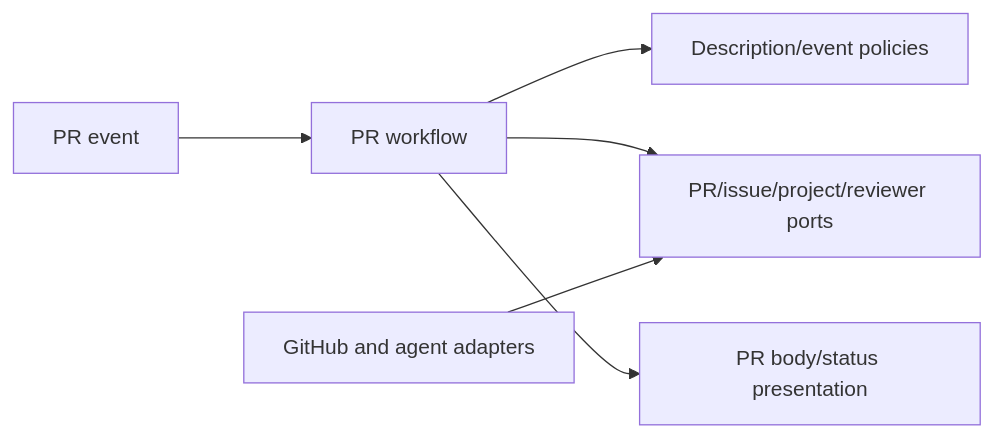
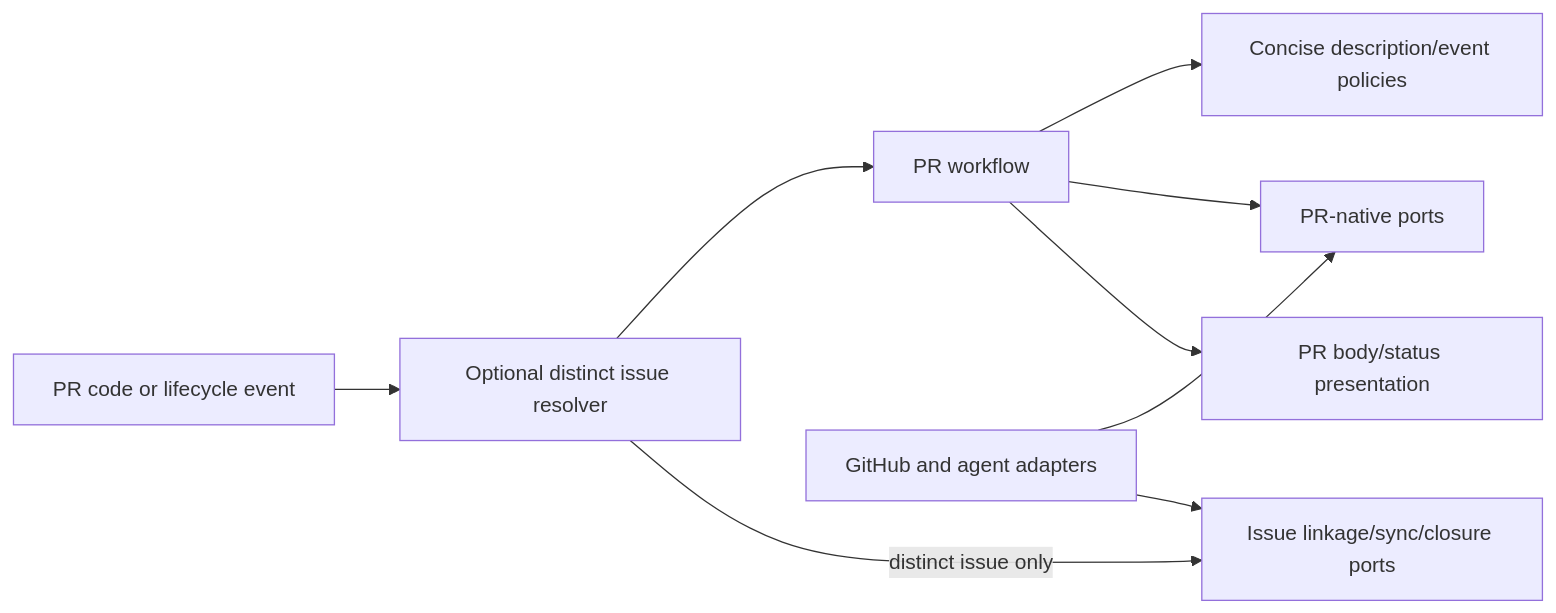
The diagram in specs/pull-request-lifecycle-and-enrichment.md (vypdev/copilot), drawn with Mermaid before and after one commit. The commit also changed other lines of this file and 44 other files, not shown here.

````diff
--- a/specs/pull-request-lifecycle-and-enrichment.md
+++ b/specs/pull-request-lifecycle-and-enrichment.md
@@ -178,8 +202,11 @@
 ```mermaid
 flowchart LR
-  E[PR event] --> U[PR workflow]
-  U --> D[Description/event policies]
-  U --> P[PR/issue/project/reviewer ports]
+  E[PR code or lifecycle event] --> R[Optional distinct issue resolver]
+  R --> U[PR workflow]
+  U --> D[Concise description/event policies]
+  U --> P[PR-native ports]
+  R -->|distinct issue only| I[Issue linkage/sync/closure ports]
   A[GitHub and agent adapters] --> P
+  A --> I
   U --> V[PR body/status presentation]
 ```
````
